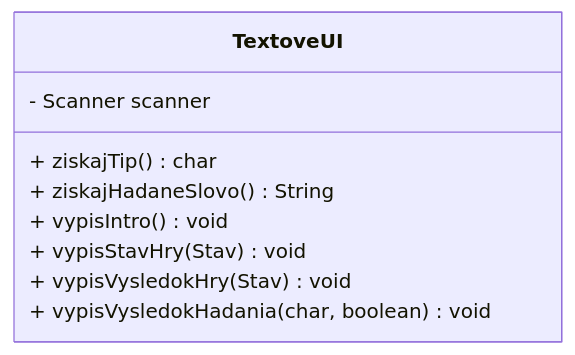
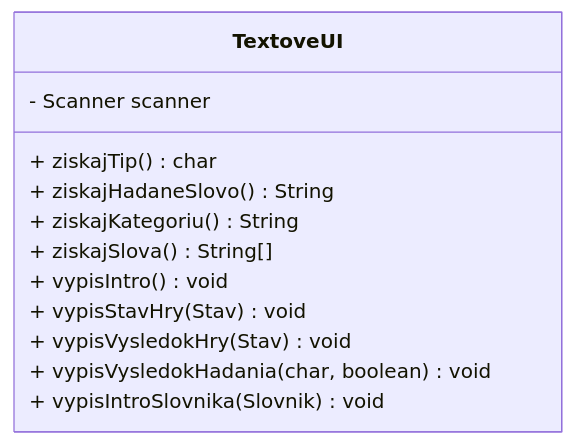
Before and after one commit to wagjo/oop: the third of 4 diagrams in docs/cvicenie-3/c08-konstruktor.md, drawn with Mermaid. The commit also changed other lines of this file and 3 other files, not shown here.

````diff
--- a/docs/cvicenie-3/c08-konstruktor.md
+++ b/docs/cvicenie-3/c08-konstruktor.md
@@ -169,13 +303,17 @@
 ```mermaid
 classDiagram
 direction BT
 class TextoveUI {
   - Scanner scanner
   + ziskajTip() char
   + ziskajHadaneSlovo() String
+  + ziskajKategoriu() String
+  + ziskajSlova() String[]
   + vypisIntro() void
   + vypisStavHry(Stav) void
   + vypisVysledokHry(Stav) void
   + vypisVysledokHadania(char, boolean) void
+  + vypisIntroSlovnika(Slovnik) void
+
 }
 ```
````
